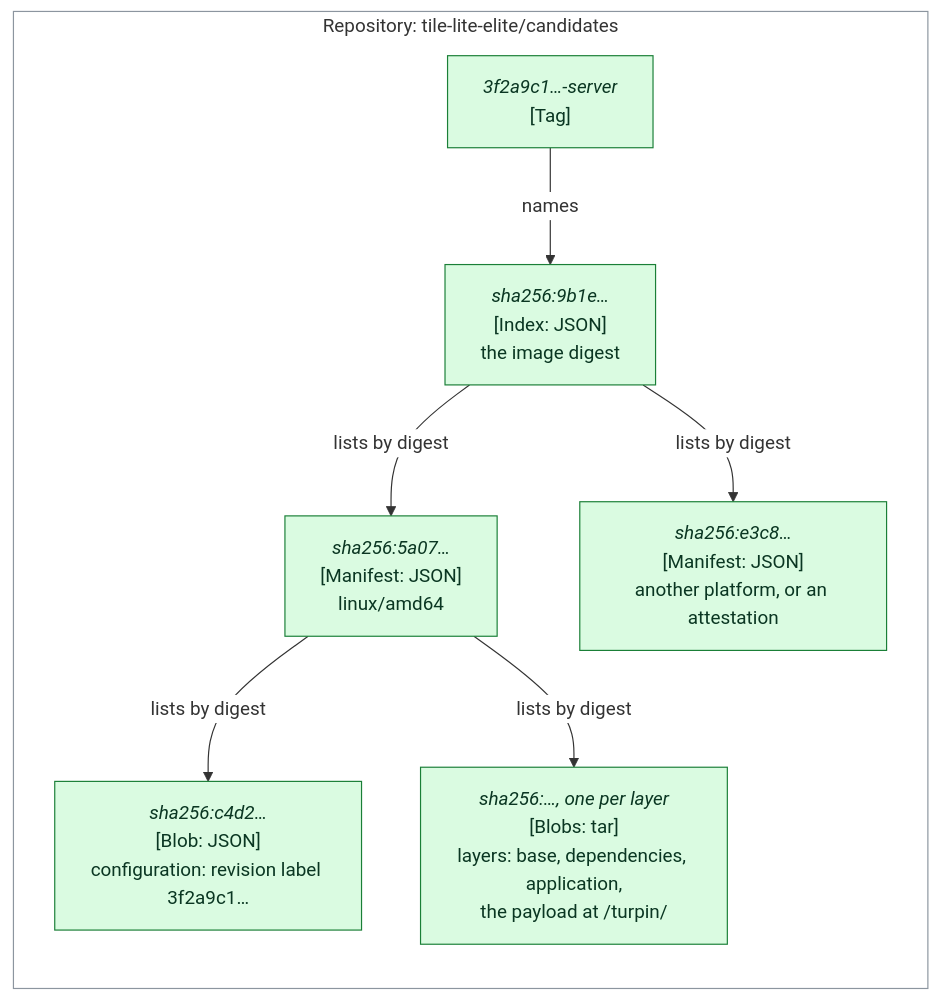
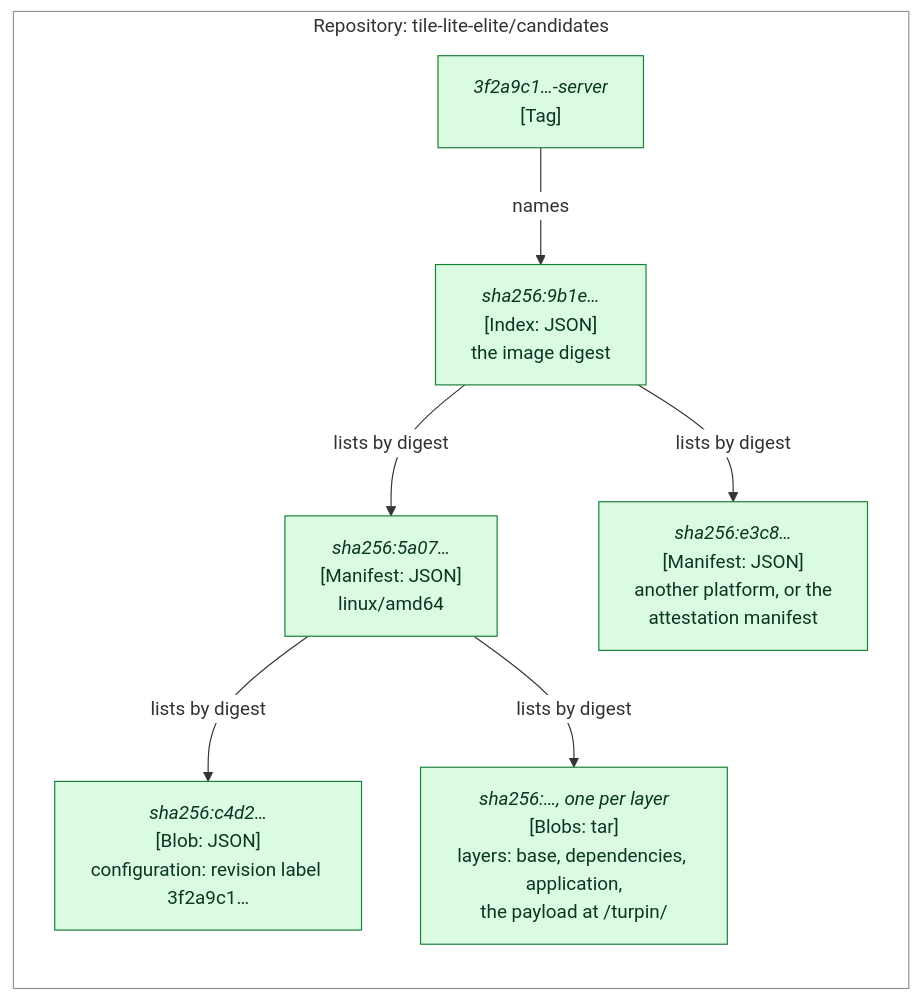
Before and after one commit to delphside/programme: the fifth of 9 diagrams in records/2.5-changes/programme-tooling/117-generic-deliver-tool/design.md, drawn with Mermaid. The commit also changed other lines of this file, not shown here.

First line of the commit message:
Change 117: one attestation manifest per platform

````diff
--- a/records/2.5-changes/programme-tooling/117-generic-deliver-tool/design.md
+++ b/records/2.5-changes/programme-tooling/117-generic-deliver-tool/design.md
@@ -463,19 +465,19 @@
 ```mermaid
 %%{init: {"themeVariables": {"clusterBkg": "#ffffff", "clusterBorder": "#8c959f", "edgeLabelBackground": "#ffffff"}}}%%
 flowchart LR
   subgraph CAND["Repository: tile-lite-elite/candidates"]
     T1["<i>3f2a9c1…-server</i><br>[Tag]"]
     IX["<i>sha256:9b1e…</i><br>[Index: JSON]<br>the image digest"]
     M1["<i>sha256:5a07…</i><br>[Manifest: JSON]<br>linux/amd64"]
-    M2["<i>sha256:e3c8…</i><br>[Manifest: JSON]<br>another platform, or an attestation"]
+    M2["<i>sha256:e3c8…</i><br>[Manifest: JSON]<br>another platform, or the<br>attestation manifest"]
     CF1["<i>sha256:c4d2…</i><br>[Blob: JSON]<br>configuration: revision label 3f2a9c1…"]
     L1["<i>sha256:…, one per layer</i><br>[Blobs: tar]<br>layers: base, dependencies, application,<br>the payload at /turpin/"]
   end
   T1 -->|"names"| IX
   IX -->|"lists by digest"| M1
   IX -->|"lists by digest"| M2
   M1 -->|"lists by digest"| CF1
   M1 -->|"lists by digest"| L1
   classDef new          fill:#dafbe1,stroke:#1a7f37,color:#0a3622
   class T1,IX,M1,M2,CF1,L1 new
 ```
````
